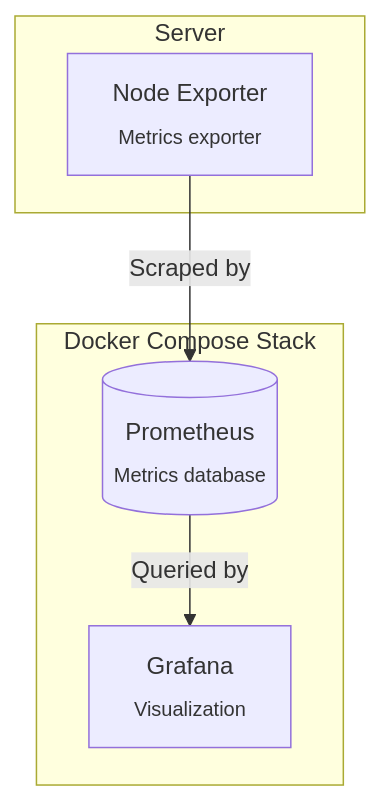
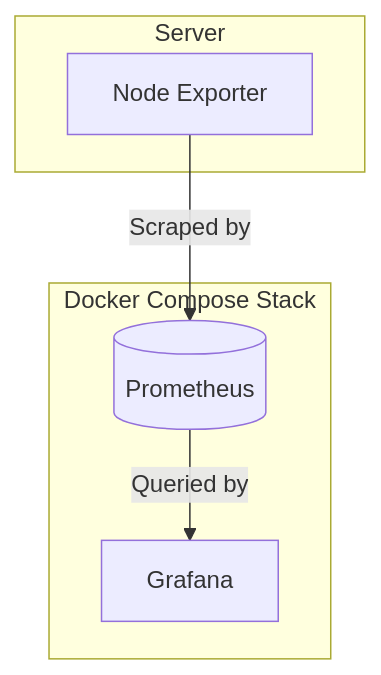
The diagram in README.md (Kovalenkolex/Monitoring), drawn with Mermaid before and after one commit. The commit also changed other lines of this file, not shown here.

````diff
--- a/README.md
+++ b/README.md
@@ -14,14 +14,14 @@
 ```mermaid
 graph TD
-    A[Node Exporter<br><sub>Metrics exporter</sub>] -->| Scraped by | B[(Prometheus<br><sub>Metrics database </sub>)]
-    B -->| Queried by | C[Grafana<br><sub>Visualization</sub>]
+    A[Node Exporter<br>] -->| Scraped by | B[(Prometheus<br>)]
+    B -->| Queried by | C[Grafana<br>]
 
     subgraph Server
         A
     end
 
     subgraph Docker Compose Stack
         B
         C
     end
 ```
````
